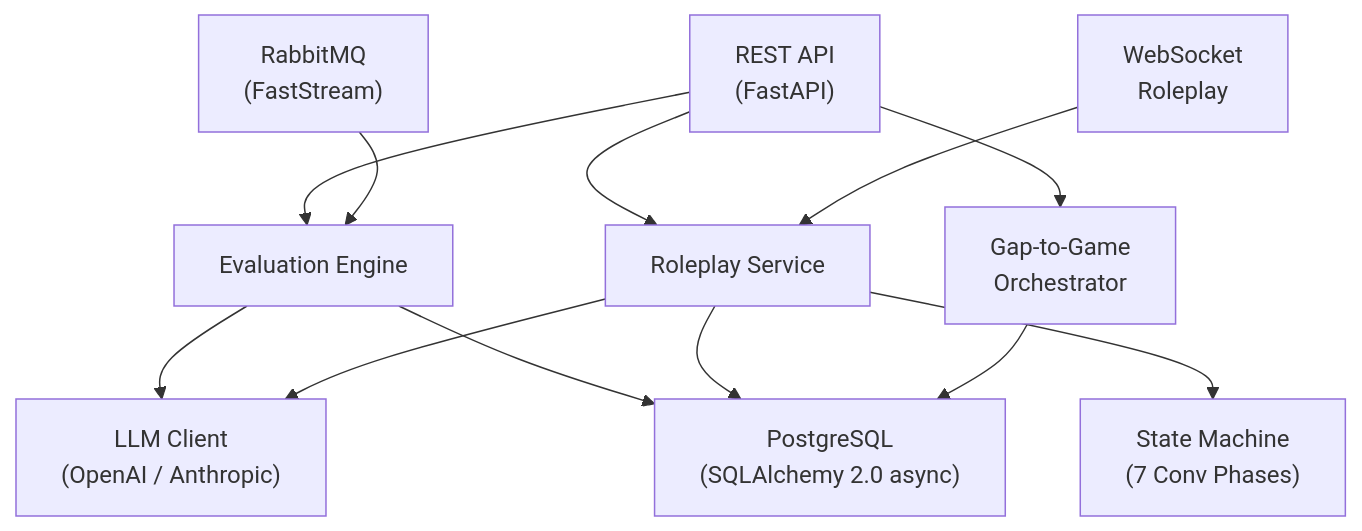
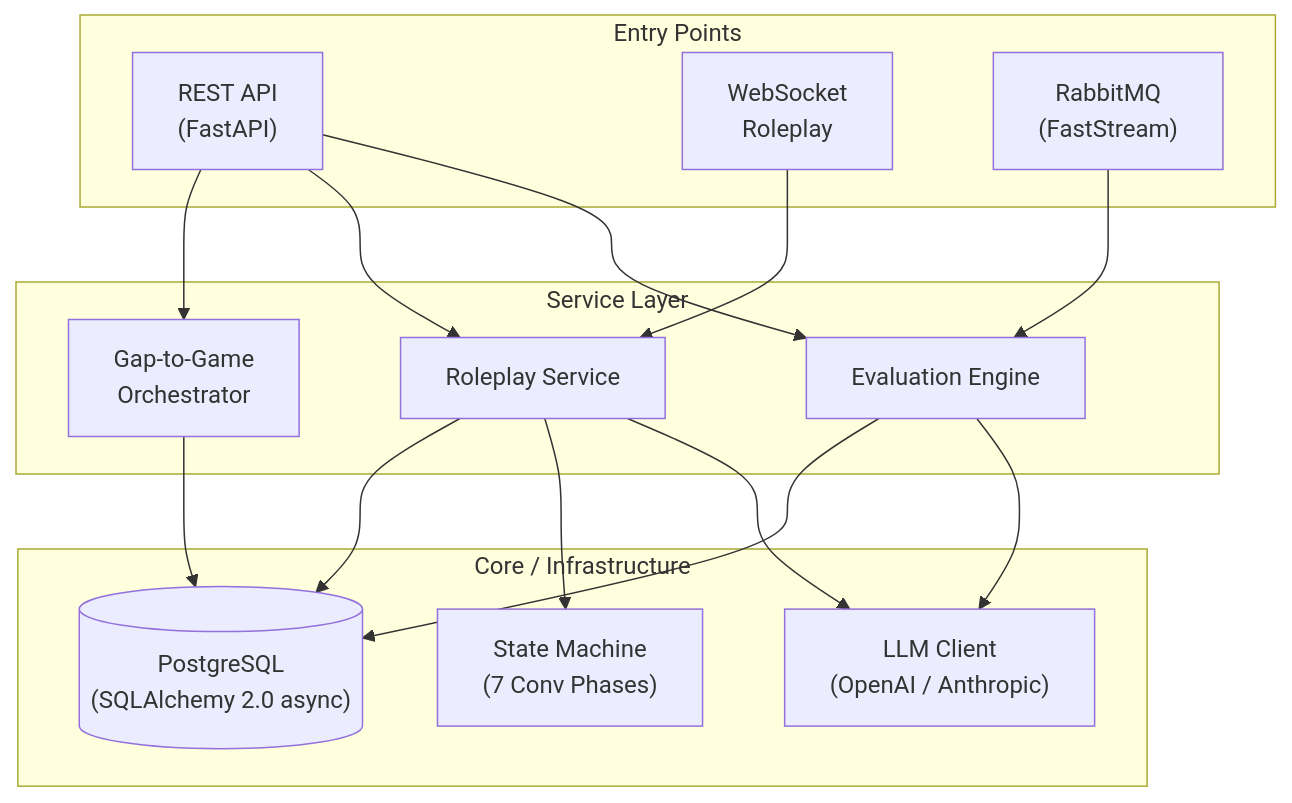
One commit to bimawa/YolkDemoService changed the diagram in README.md. Above: the diagram before and after it, drawn with Mermaid.

Commit message:
fix: architecture diagram with proper layer grouping

````diff
--- a/README.md
+++ b/README.md
@@ -7,17 +7,33 @@
 ```mermaid
 graph TD
-    API["REST API<br/>(FastAPI)"] --> EV["Evaluation Engine"]
-    API --> RP["Roleplay Service"]
-    API --> ORC["Gap-to-Game<br/>Orchestrator"]
+    subgraph Entry["Entry Points"]
+        API["REST API<br/>(FastAPI)"]
+        WS["WebSocket<br/>Roleplay"]
+        MQ["RabbitMQ<br/>(FastStream)"]
+    end
 
-    WS["WebSocket<br/>Roleplay"] --> RP
-    MQ["RabbitMQ<br/>(FastStream)"] --> EV
+    subgraph Services["Service Layer"]
+        EV["Evaluation Engine"]
+        RP["Roleplay Service"]
+        ORC["Gap-to-Game<br/>Orchestrator"]
+    end
 
-    EV --> LLM["LLM Client<br/>(OpenAI / Anthropic)"]
-    RP --> SM["State Machine<br/>(7 Conv Phases)"]
+    subgraph Core["Core / Infrastructure"]
+        LLM["LLM Client<br/>(OpenAI / Anthropic)"]
+        SM["State Machine<br/>(7 Conv Phases)"]
+        DB[("PostgreSQL<br/>(SQLAlchemy 2.0 async)")]
+    end
+
+    API --> EV
+    API --> RP
+    API --> ORC
+    WS --> RP
+    MQ --> EV
+
+    EV --> LLM
+    EV --> DB
     RP --> LLM
-
-    EV --> DB["PostgreSQL<br/>(SQLAlchemy 2.0 async)"]
+    RP --> SM
     RP --> DB
     ORC --> DB
 ```
````
